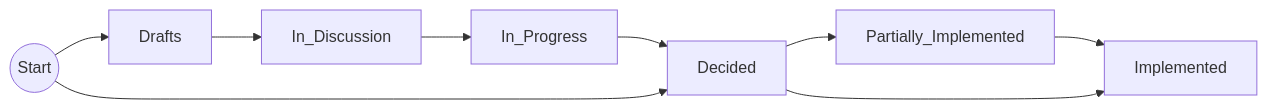
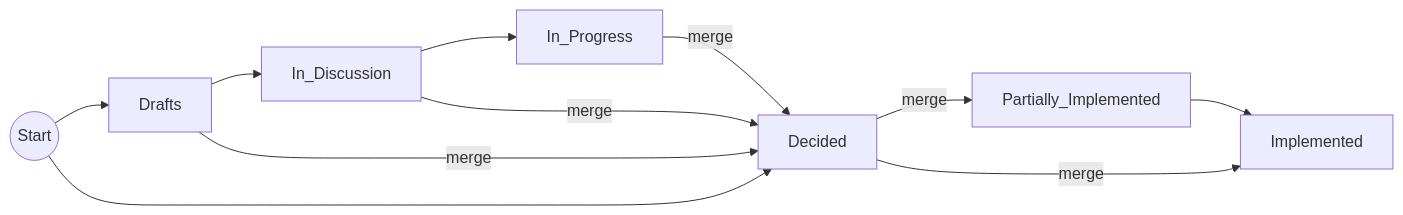
Before and after one commit to ElektraInitiative/libelektra: the diagram in doc/decisions/STEPS.md, drawn with Mermaid. The commit also changed other lines of this file, not shown here.

Commit message:
decisions: improve diagram
+ make a bit more flexible how to start

````diff
--- a/doc/decisions/STEPS.md
+++ b/doc/decisions/STEPS.md
@@ -5,8 +5,11 @@
 ```mermaid
 flowchart LR
-    s((Start)) --> Drafts --> In_Discussion --> In_Progress --> Decided --> Partially_Implemented --> Implemented
+  s((Start)) --> Drafts --> In_Discussion --> In_Progress -- merge --> Decided
+    -- merge --> Partially_Implemented --> Implemented
 
-    %% Shortcuts:
-    s --> Decided
-    Decided --> Implemented
+  %% Shortcuts:
+  s --> Decided
+  Drafts -- merge --> Decided
+  In_Discussion -- merge --> Decided
+  Decided -- merge --> Implemented
 ```
````
